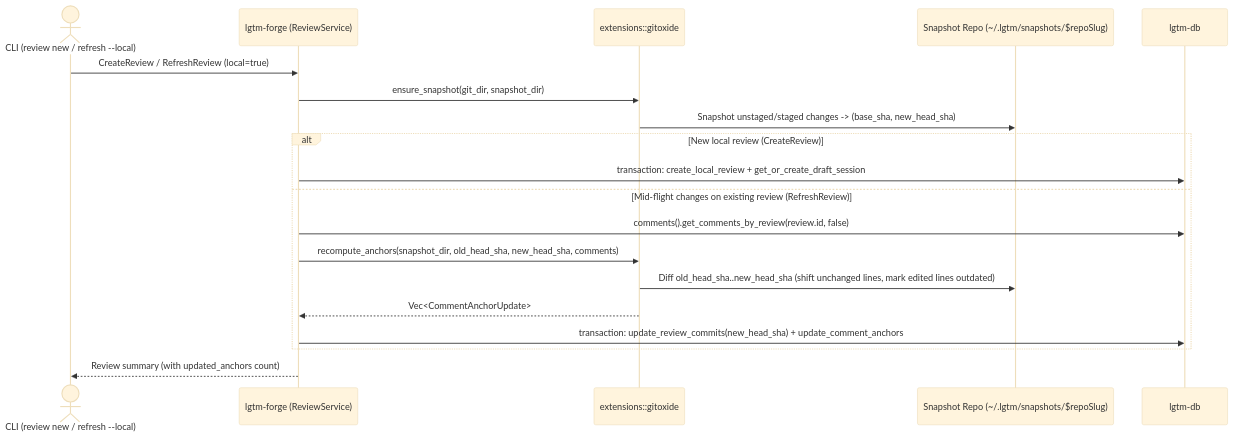
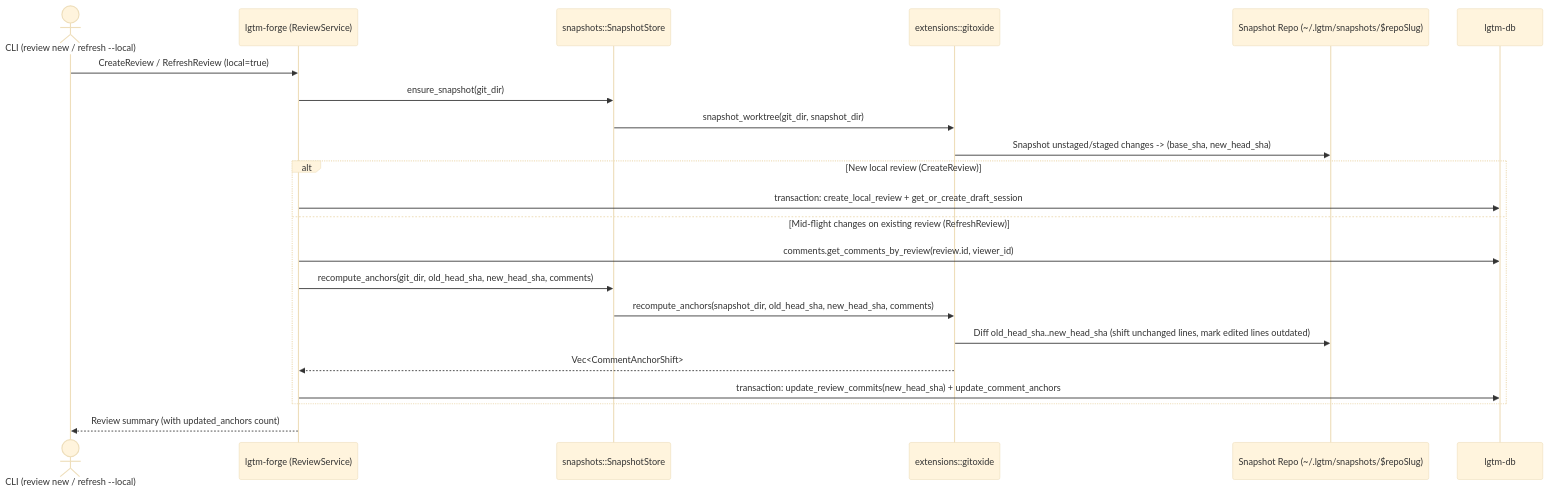
One commit to difflab-io/lgtm changed the fourth of 11 diagrams in docs/architecture/forge/index.md. Above: the diagram before and after it, drawn with Mermaid (base theme). The commit also changed other lines of this file and 20 other files, not shown here.

Commit message:
chore: rename backend doc and e2e dirs to forge and add git util TODOs

````diff
--- a/docs/architecture/forge/index.md
+++ b/docs/architecture/forge/index.md
@@ -318,22 +329,25 @@
 ```mermaid
 sequenceDiagram
     actor Caller as CLI (review new / refresh --local)
-    participant Forge as lgtm-forge (ReviewService)
+    participant Service as lgtm-forge (ReviewService)
+    participant SnapStore as snapshots::SnapshotStore
     participant Gix as extensions::gitoxide
     participant Snapshot as Snapshot Repo (~/.lgtm/snapshots/$repoSlug)
     participant DB as lgtm-db
 
-    Caller->>Forge: CreateReview / RefreshReview (local=true)
-    Forge->>Gix: ensure_snapshot(git_dir, snapshot_dir)
+    Caller->>Service: CreateReview / RefreshReview (local=true)
+    Service->>SnapStore: ensure_snapshot(git_dir)
+    SnapStore->>Gix: snapshot_worktree(git_dir, snapshot_dir)
     Gix->>Snapshot: Snapshot unstaged/staged changes -> (base_sha, new_head_sha)
     alt New local review (CreateReview)
-        Forge->>DB: transaction: create_local_review + get_or_create_draft_session
+        Service->>DB: transaction: create_local_review + get_or_create_draft_session
     else Mid-flight changes on existing review (RefreshReview)
-        Forge->>DB: comments().get_comments_by_review(review.id, false)
-        Forge->>Gix: recompute_anchors(snapshot_dir, old_head_sha, new_head_sha, comments)
+        Service->>DB: comments.get_comments_by_review(review.id, viewer_id)
+        Service->>SnapStore: recompute_anchors(git_dir, old_head_sha, new_head_sha, comments)
+        SnapStore->>Gix: recompute_anchors(snapshot_dir, old_head_sha, new_head_sha, comments)
         Gix->>Snapshot: Diff old_head_sha..new_head_sha (shift unchanged lines, mark edited lines outdated)
-        Gix-->>Forge: Vec<CommentAnchorUpdate>
-        Forge->>DB: transaction: update_review_commits(new_head_sha) + update_comment_anchors
+        Gix-->>Service: Vec<CommentAnchorShift>
+        Service->>DB: transaction: update_review_commits(new_head_sha) + update_comment_anchors
     end
-    Forge-->>Caller: Review summary (with updated_anchors count)
+    Service-->>Caller: Review summary (with updated_anchors count)
 ```
````
